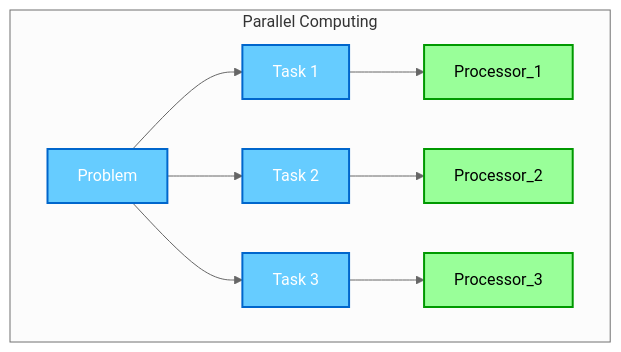
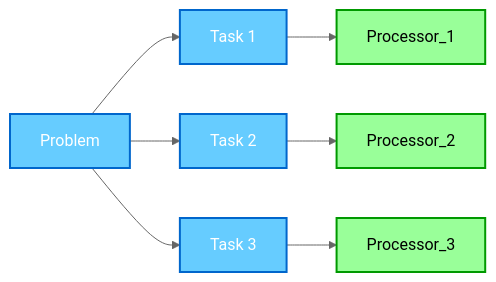
Before and after one commit to sangaje/sangaje.github.io: the second of 5 diagrams in _drafts/gpu-coumputing-1-병렬-컴퓨팅의-기초.md, drawn with Mermaid (neutral theme). The commit also changed other lines of this file and 4 other files, not shown here.

````diff
--- a/_drafts/gpu-coumputing-1-병렬-컴퓨팅의-기초.md
+++ b/_drafts/gpu-coumputing-1-병렬-컴퓨팅의-기초.md
@@ -31,17 +33,14 @@
 ```mermaid
 graph LR;
-    subgraph Parallel Computing
-        direction LR
-        A[Problem]
-        A --> C[Task 1] --> D[Processor_1]
-        A --> E[Task 2] --> F[Processor_2]
-        A --> G[Task 3] --> H[Processor_3]
+   direction LR
+   A[Problem]
+   A --> C[Task 1] --> D[Processor_1]
+   A --> E[Task 2] --> F[Processor_2]
+   A --> G[Task 3] --> H[Processor_3]
 
-        class A,C,E,G tasks;
-        class D,F,H processors;
+   class A,C,E,G tasks;
+   class D,F,H processors;
 
-        classDef tasks fill:#66ccff,stroke:#0066cc,stroke-width:2px,color:#fff;
-        classDef processors fill:#99ff99,stroke:#009900,stroke-width:2px,color:#000;
-
-    end
-```
+   classDef tasks fill:#66ccff,stroke:#0066cc,stroke-width:2px,color:#fff;
+   classDef processors fill:#99ff99,stroke:#009900,stroke-width:2px,color:#000;
+```   
````
